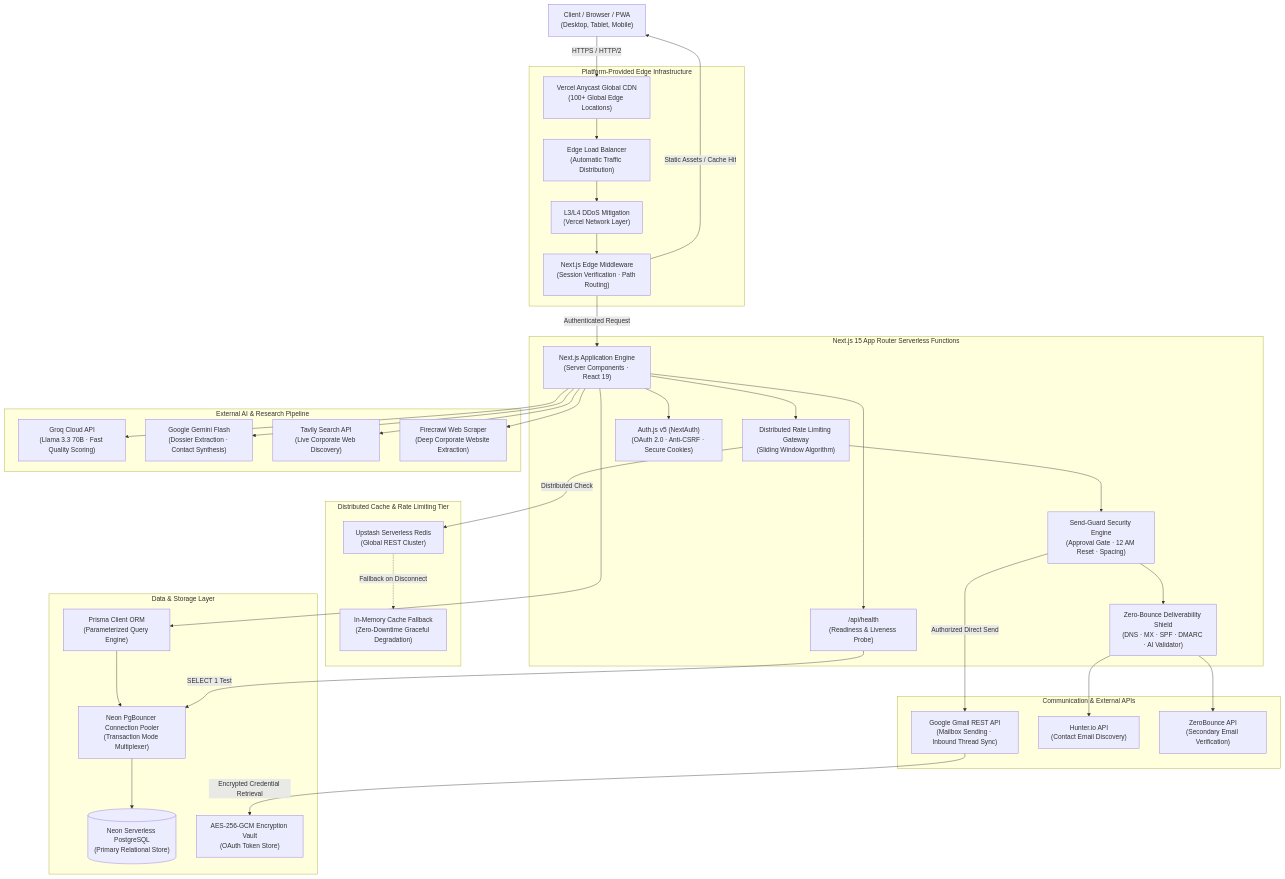
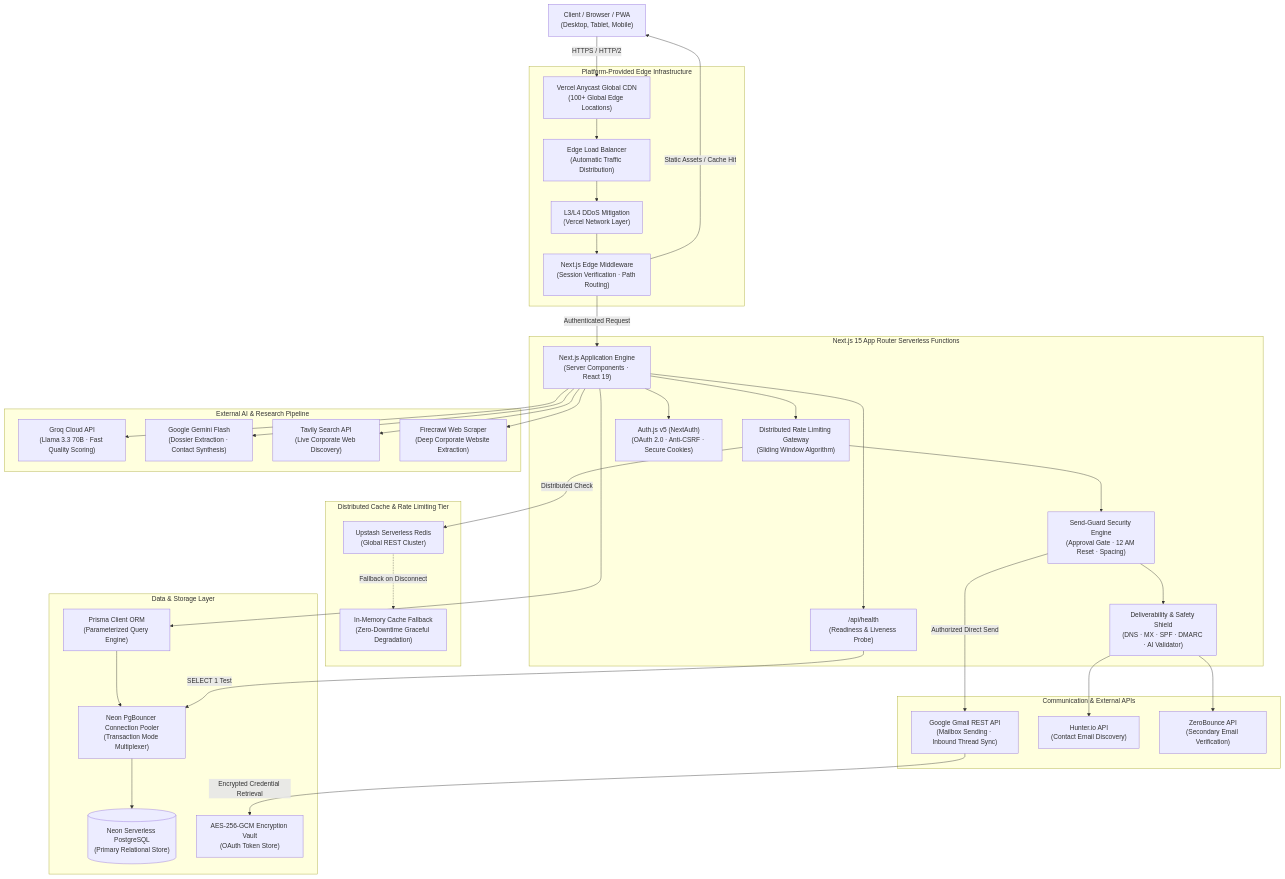
Before and after one commit to subratoghosh/SponFy: the diagram in README.md, drawn with Mermaid. The commit also changed other lines of this file and 17 other files, not shown here.

````diff
--- a/README.md
+++ b/README.md
@@ -19,80 +19,80 @@
 ```mermaid
 graph TD
     Client["Client / Browser / PWA<br/>(Desktop, Tablet, Mobile)"]
 
     subgraph Vercel Global Edge Network [Platform-Provided Edge Infrastructure]
         CDN["Vercel Anycast Global CDN<br/>(100+ Global Edge Locations)"]
         EdgeLB["Edge Load Balancer<br/>(Automatic Traffic Distribution)"]
         DDoSShield["L3/L4 DDoS Mitigation<br/>(Vercel Network Layer)"]
         EdgeMiddleware["Next.js Edge Middleware<br/>(Session Verification · Path Routing)"]
     end
 
     subgraph Application & Compute Layer [Next.js 15 App Router Serverless Functions]
         ServerlessApp["Next.js Application Engine<br/>(Server Components · React 19)"]
         RateLimiter["Distributed Rate Limiting Gateway<br/>(Sliding Window Algorithm)"]
         SendGuardEngine["Send-Guard Security Engine<br/>(Approval Gate · 12 AM Reset · Spacing)"]
-        ZeroBounceShield["Zero-Bounce Deliverability Shield<br/>(DNS · MX · SPF · DMARC · AI Validator)"]
+        ZeroBounceShield["Deliverability & Safety Shield<br/>(DNS · MX · SPF · DMARC · AI Validator)"]
         HealthEndpoint["/api/health<br/>(Readiness & Liveness Probe)"]
         AuthModule["Auth.js v5 (NextAuth)<br/>(OAuth 2.0 · Anti-CSRF · Secure Cookies)"]
     end
 
     subgraph Distributed Cache & Rate Limiting Tier
         UpstashRedis["Upstash Serverless Redis<br/>(Global REST Cluster)"]
         MemoryLimiterFallback["In-Memory Cache Fallback<br/>(Zero-Downtime Graceful Degradation)"]
     end
 
     subgraph External AI & Research Pipeline
         GroqEngine["Groq Cloud API<br/>(Llama 3.3 70B · Fast Quality Scoring)"]
         GeminiEngine["Google Gemini Flash<br/>(Dossier Extraction · Contact Synthesis)"]
         TavilySearch["Tavily Search API<br/>(Live Corporate Web Discovery)"]
         FirecrawlScraper["Firecrawl Web Scraper<br/>(Deep Corporate Website Extraction)"]
     end
 
     subgraph Communication & External APIs
         GmailAPI["Google Gmail REST API<br/>(Mailbox Sending · Inbound Thread Sync)"]
         HunterAPI["Hunter.io API<br/>(Contact Email Discovery)"]
         ZeroBounceAPI["ZeroBounce API<br/>(Secondary Email Verification)"]
     end
 
     subgraph Data & Storage Layer
         PgBouncerPooler["Neon PgBouncer Connection Pooler<br/>(Transaction Mode Multiplexer)"]
         NeonPostgres[("Neon Serverless PostgreSQL<br/>(Primary Relational Store)")]
         PrismaORM["Prisma Client ORM<br/>(Parameterized Query Engine)"]
         CryptoVault["AES-256-GCM Encryption Vault<br/>(OAuth Token Store)"]
     end
 
     %% Client and Edge connections
     Client -->|HTTPS / HTTP/2| CDN
     CDN --> EdgeLB
     EdgeLB --> DDoSShield
     DDoSShield --> EdgeMiddleware
     EdgeMiddleware -->|Authenticated Request| ServerlessApp
     EdgeMiddleware -->|Static Assets / Cache Hit| Client
 
     %% App to Security and Services
     ServerlessApp --> RateLimiter
     RateLimiter -->|Distributed Check| UpstashRedis
     UpstashRedis -.->|Fallback on Disconnect| MemoryLimiterFallback
     RateLimiter --> SendGuardEngine
     SendGuardEngine --> ZeroBounceShield
     ServerlessApp --> HealthEndpoint
     ServerlessApp --> AuthModule
 
     %% External Research & Intelligence
     ServerlessApp --> GroqEngine
     ServerlessApp --> GeminiEngine
     ServerlessApp --> TavilySearch
     ServerlessApp --> FirecrawlScraper
 
     %% Communication layer
     SendGuardEngine -->|Authorized Direct Send| GmailAPI
     ZeroBounceShield --> HunterAPI
     ZeroBounceShield --> ZeroBounceAPI
     GmailAPI -->|Encrypted Credential Retrieval| CryptoVault
 
     %% Data Layer
     ServerlessApp --> PrismaORM
     PrismaORM --> PgBouncerPooler
     PgBouncerPooler --> NeonPostgres
     HealthEndpoint -->|SELECT 1 Test| PgBouncerPooler
 ```
````
